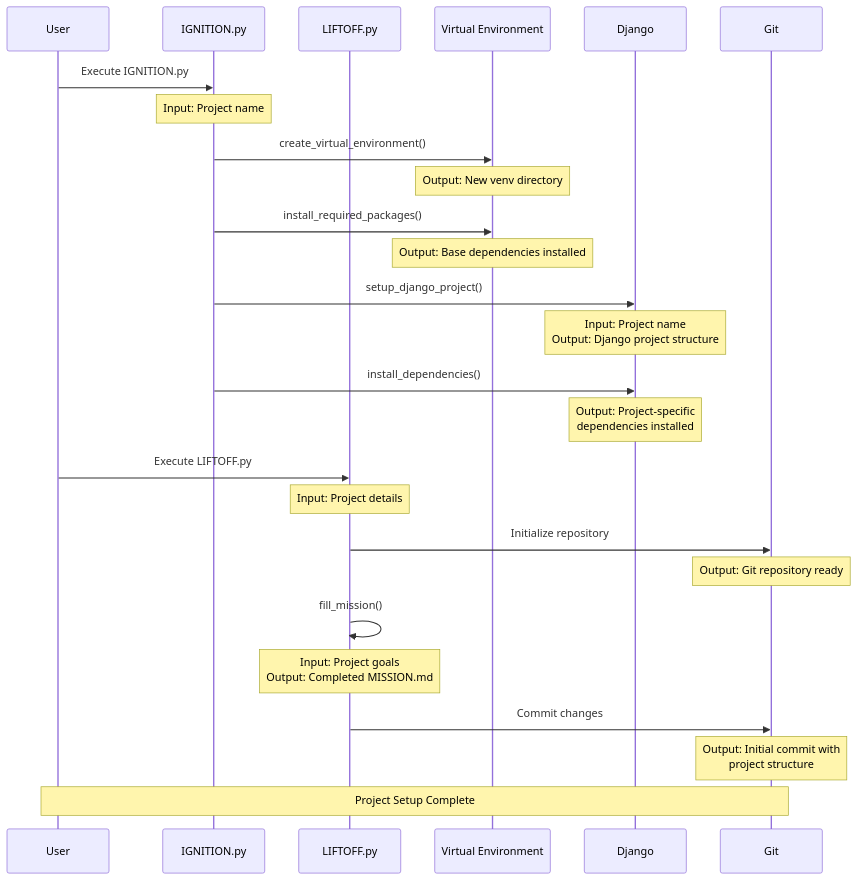
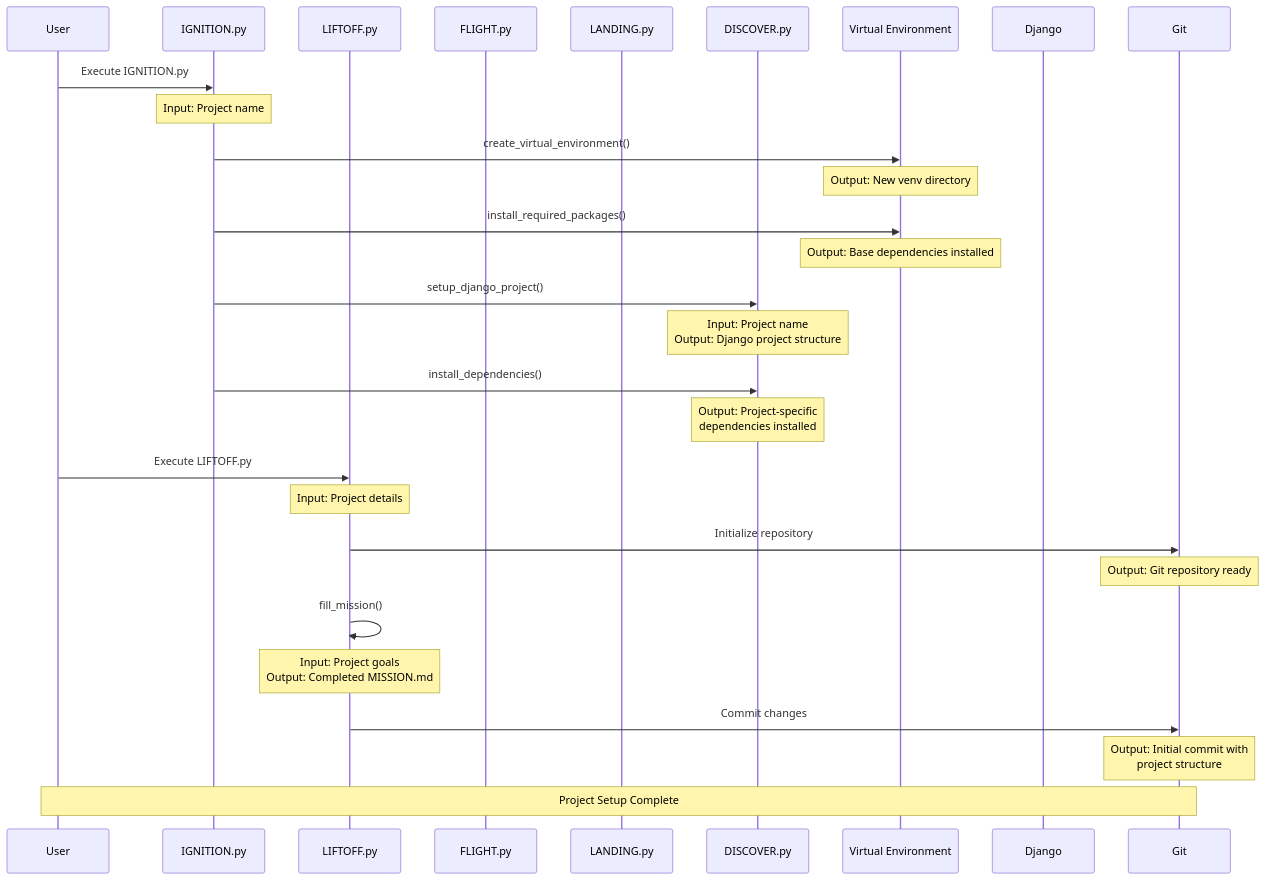
Before and after one commit to starshipagentic/blueprint-django-galaxy-class: the diagram in django-galaxy-class-protocol.md, drawn with Mermaid.

Commit message:
docs: Update sequence diagram with mission control stages

````diff
--- a/django-galaxy-class-protocol.md
+++ b/django-galaxy-class-protocol.md
@@ -5,38 +5,41 @@
 ```mermaid
 sequenceDiagram
     participant U as User
     participant I as IGNITION.py
     participant L as LIFTOFF.py
+    participant F as FLIGHT.py
+    participant LD as LANDING.py
+    participant D as DISCOVER.py
     participant V as Virtual Environment
-    participant D as Django
+    participant DJ as Django
     participant G as Git
 
     U->>I: Execute IGNITION.py
     Note over I: Input: Project name
     
     I->>V: create_virtual_environment()
     Note over V: Output: New venv directory
     
     I->>V: install_required_packages()
     Note over V: Output: Base dependencies installed
     
     I->>D: setup_django_project()
     Note over D: Input: Project name<br>Output: Django project structure
     
     I->>D: install_dependencies()
     Note over D: Output: Project-specific<br>dependencies installed
     
     U->>L: Execute LIFTOFF.py
     Note over L: Input: Project details
     
     L->>G: Initialize repository
     Note over G: Output: Git repository ready
     
     L->>L: fill_mission()
     Note over L: Input: Project goals<br>Output: Completed MISSION.md
     
     L->>G: Commit changes
     Note over G: Output: Initial commit with<br>project structure
 
     Note over U,G: Project Setup Complete
 ```
````
